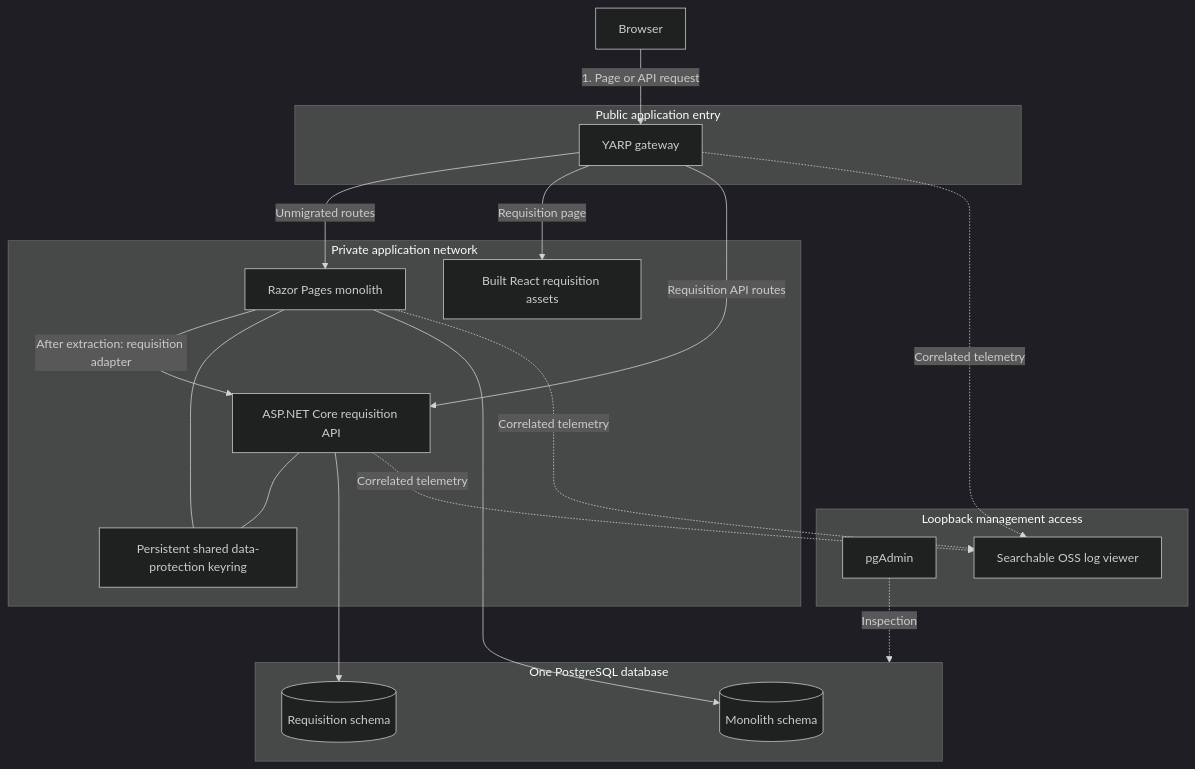
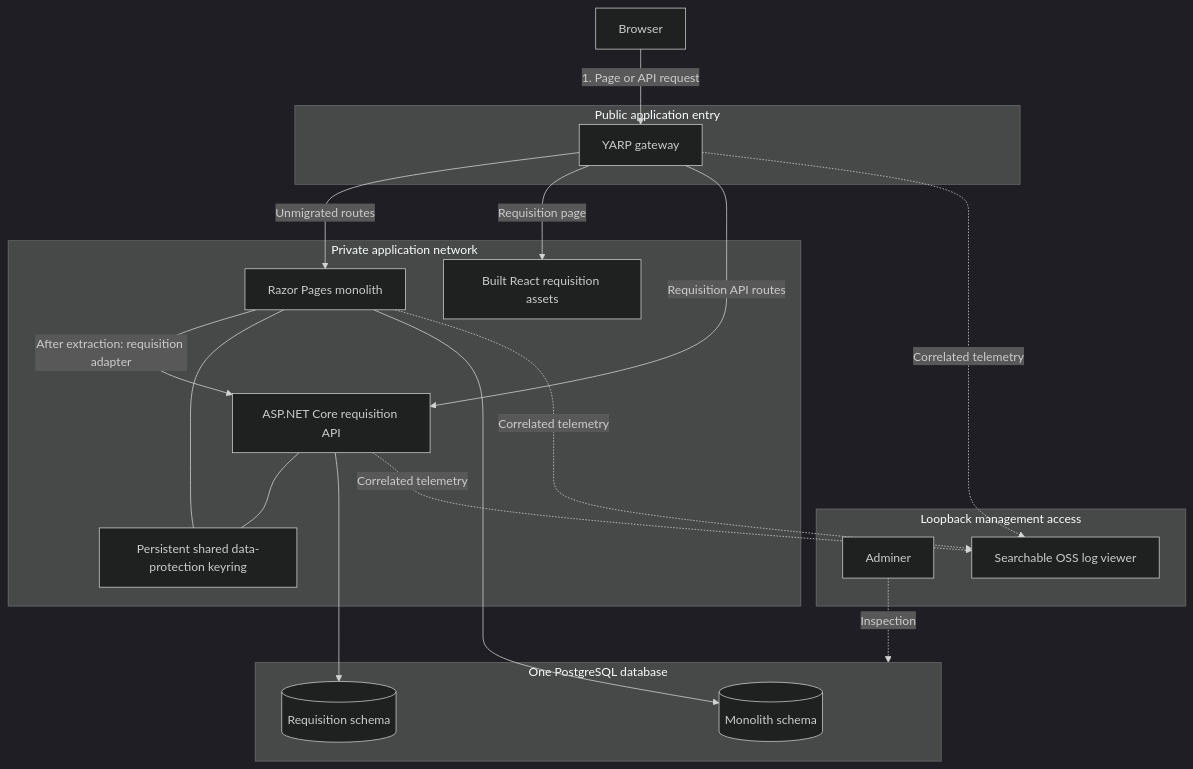
Before and after one commit to junrillg/strangler-fig-razor-react: the third of 4 diagrams in docs/design.md, drawn with Mermaid (dark theme). The commit also changed other lines of this file and 72 other files, not shown here.

````diff
--- a/docs/design.md
+++ b/docs/design.md
@@ -13,34 +50,34 @@
 ```mermaid
 flowchart TB
     Browser[Browser]
     subgraph Public[Public application entry]
       Gateway[YARP gateway]
     end
     subgraph Apps[Private application network]
       Legacy[Razor Pages monolith]
       UI[Built React requisition assets]
       API[ASP.NET Core requisition API]
       Keys[Persistent shared data-protection keyring]
     end
     subgraph Database[One PostgreSQL database]
       Monolith[(Monolith schema)]
       Requisitions[(Requisition schema)]
     end
     subgraph Inspection[Loopback management access]
-      PGAdmin[pgAdmin]
+      Adminer[Adminer]
       Logs[Searchable OSS log viewer]
     end
     Browser -->|1. Page or API request| Gateway
     Gateway -->|Unmigrated routes| Legacy
     Gateway -->|Requisition page| UI
     Gateway -->|Requisition API routes| API
     Legacy -->|After extraction: requisition adapter| API
     Legacy --- Keys
     API --- Keys
     Legacy --> Monolith
     API --> Requisitions
-    PGAdmin -. Inspection .-> Database
+    Adminer -. Inspection .-> Database
     Gateway -. Correlated telemetry .-> Logs
     Legacy -. Correlated telemetry .-> Logs
     API -. Correlated telemetry .-> Logs
 ```
````
